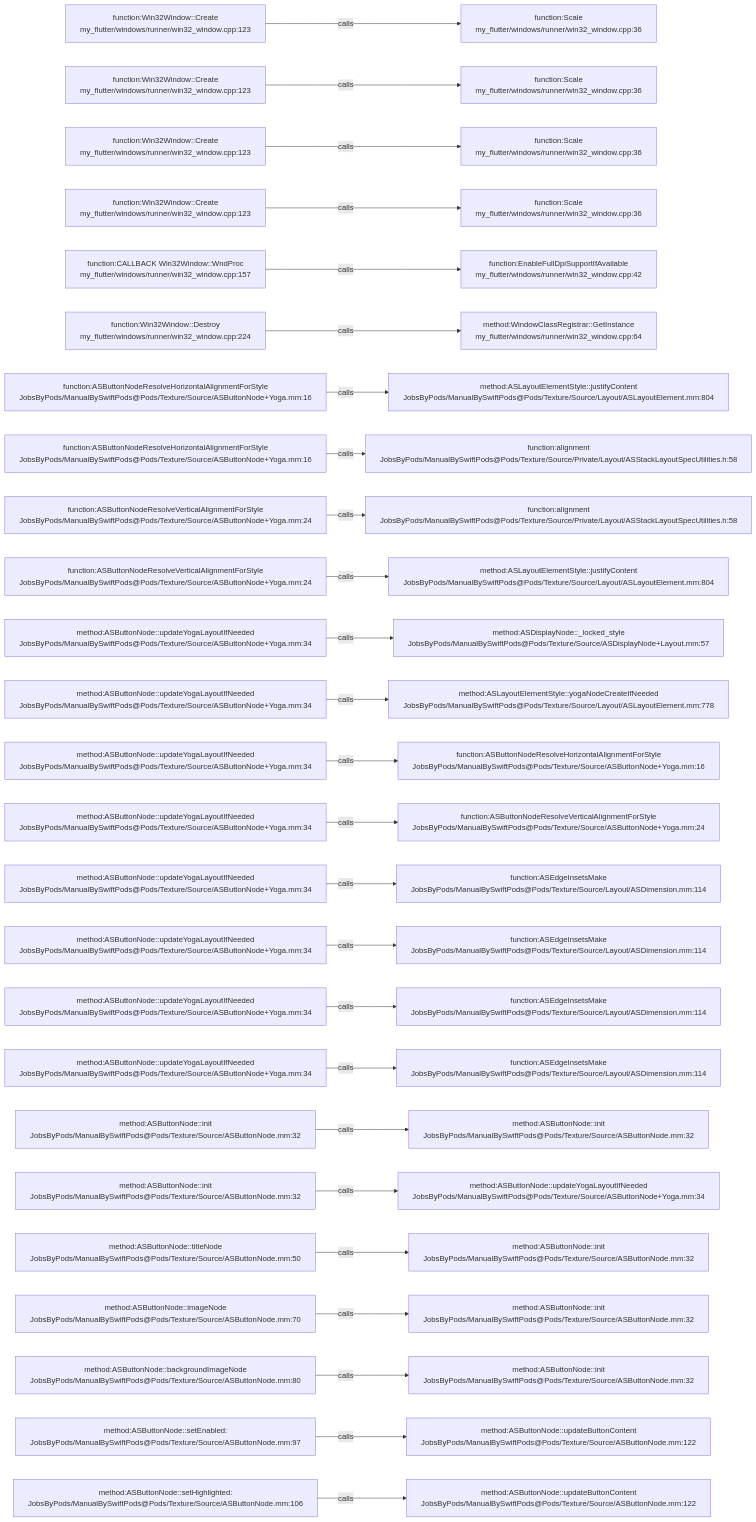
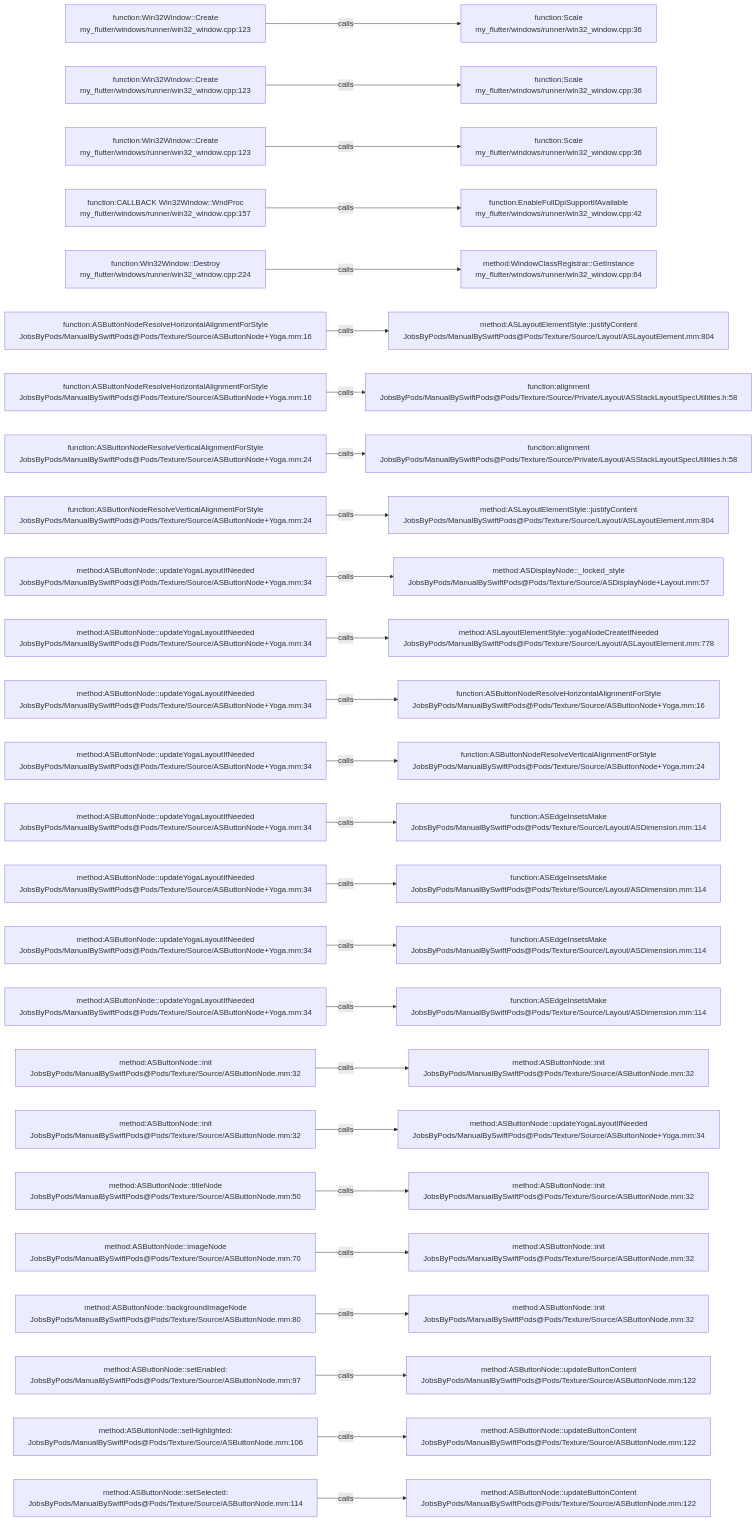
The diagram in .codegraph/codegraph.md/graphs/calls-002.md (JobsKits/JobsSwiftBaseConfigDemo), drawn with Mermaid before and after one commit. The commit also changed 747 other files, not shown here.

````diff
--- a/.codegraph/codegraph.md/graphs/calls-002.md
+++ b/.codegraph/codegraph.md/graphs/calls-002.md
@@ -13,78 +13,78 @@
 ```mermaid
 flowchart LR
   S1["function:Win32Window::Create<br/>my_flutter/windows/runner/win32_window.cpp:123"]
   T1["function:Scale<br/>my_flutter/windows/runner/win32_window.cpp:36"]
   S1 -->|calls| T1
   S2["function:Win32Window::Create<br/>my_flutter/windows/runner/win32_window.cpp:123"]
   T2["function:Scale<br/>my_flutter/windows/runner/win32_window.cpp:36"]
   S2 -->|calls| T2
   S3["function:Win32Window::Create<br/>my_flutter/windows/runner/win32_window.cpp:123"]
   T3["function:Scale<br/>my_flutter/windows/runner/win32_window.cpp:36"]
   S3 -->|calls| T3
-  S4["function:Win32Window::Create<br/>my_flutter/windows/runner/win32_window.cpp:123"]
-  T4["function:Scale<br/>my_flutter/windows/runner/win32_window.cpp:36"]
+  S4["function:CALLBACK Win32Window::WndProc<br/>my_flutter/windows/runner/win32_window.cpp:157"]
+  T4["function:EnableFullDpiSupportIfAvailable<br/>my_flutter/windows/runner/win32_window.cpp:42"]
   S4 -->|calls| T4
-  S5["function:CALLBACK Win32Window::WndProc<br/>my_flutter/windows/runner/win32_window.cpp:157"]
-  T5["function:EnableFullDpiSupportIfAvailable<br/>my_flutter/windows/runner/win32_window.cpp:42"]
+  S5["function:Win32Window::Destroy<br/>my_flutter/windows/runner/win32_window.cpp:224"]
+  T5["method:WindowClassRegistrar::GetInstance<br/>my_flutter/windows/runner/win32_window.cpp:64"]
   S5 -->|calls| T5
-  S6["function:Win32Window::Destroy<br/>my_flutter/windows/runner/win32_window.cpp:224"]
-  T6["method:WindowClassRegistrar::GetInstance<br/>my_flutter/windows/runner/win32_window.cpp:64"]
+  S6["function:ASButtonNodeResolveHorizontalAlignmentForStyle<br/>JobsByPods/ManualBySwiftPods@Pods/Texture/Source/ASButtonNode+Yoga.mm:16"]
+  T6["method:ASLayoutElementStyle::justifyContent<br/>JobsByPods/ManualBySwiftPods@Pods/Texture/Source/Layout/ASLayoutElement.mm:804"]
   S6 -->|calls| T6
   S7["function:ASButtonNodeResolveHorizontalAlignmentForStyle<br/>JobsByPods/ManualBySwiftPods@Pods/Texture/Source/ASButtonNode+Yoga.mm:16"]
-  T7["method:ASLayoutElementStyle::justifyContent<br/>JobsByPods/ManualBySwiftPods@Pods/Texture/Source/Layout/ASLayoutElement.mm:804"]
+  T7["function:alignment<br/>JobsByPods/ManualBySwiftPods@Pods/Texture/Source/Private/Layout/ASStackLayoutSpecUtilities.h:58"]
   S7 -->|calls| T7
-  S8["function:ASButtonNodeResolveHorizontalAlignmentForStyle<br/>JobsByPods/ManualBySwiftPods@Pods/Texture/Source/ASButtonNode+Yoga.mm:16"]
+  S8["function:ASButtonNodeResolveVerticalAlignmentForStyle<br/>JobsByPods/ManualBySwiftPods@Pods/Texture/Source/ASButtonNode+Yoga.mm:24"]
   T8["function:alignment<br/>JobsByPods/ManualBySwiftPods@Pods/Texture/Source/Private/Layout/ASStackLayoutSpecUtilities.h:58"]
   S8 -->|calls| T8
   S9["function:ASButtonNodeResolveVerticalAlignmentForStyle<br/>JobsByPods/ManualBySwiftPods@Pods/Texture/Source/ASButtonNode+Yoga.mm:24"]
-  T9["function:alignment<br/>JobsByPods/ManualBySwiftPods@Pods/Texture/Source/Private/Layout/ASStackLayoutSpecUtilities.h:58"]
+  T9["method:ASLayoutElementStyle::justifyContent<br/>JobsByPods/ManualBySwiftPods@Pods/Texture/Source/Layout/ASLayoutElement.mm:804"]
   S9 -->|calls| T9
-  S10["function:ASButtonNodeResolveVerticalAlignmentForStyle<br/>JobsByPods/ManualBySwiftPods@Pods/Texture/Source/ASButtonNode+Yoga.mm:24"]
-  T10["method:ASLayoutElementStyle::justifyContent<br/>JobsByPods/ManualBySwiftPods@Pods/Texture/Source/Layout/ASLayoutElement.mm:804"]
+  S10["method:ASButtonNode::updateYogaLayoutIfNeeded<br/>JobsByPods/ManualBySwiftPods@Pods/Texture/Source/ASButtonNode+Yoga.mm:34"]
+  T10["method:ASDisplayNode::_locked_style<br/>JobsByPods/ManualBySwiftPods@Pods/Texture/Source/ASDisplayNode+Layout.mm:57"]
   S10 -->|calls| T10
   S11["method:ASButtonNode::updateYogaLayoutIfNeeded<br/>JobsByPods/ManualBySwiftPods@Pods/Texture/Source/ASButtonNode+Yoga.mm:34"]
-  T11["method:ASDisplayNode::_locked_style<br/>JobsByPods/ManualBySwiftPods@Pods/Texture/Source/ASDisplayNode+Layout.mm:57"]
+  T11["method:ASLayoutElementStyle::yogaNodeCreateIfNeeded<br/>JobsByPods/ManualBySwiftPods@Pods/Texture/Source/Layout/ASLayoutElement.mm:778"]
   S11 -->|calls| T11
   S12["method:ASButtonNode::updateYogaLayoutIfNeeded<br/>JobsByPods/ManualBySwiftPods@Pods/Texture/Source/ASButtonNode+Yoga.mm:34"]
-  T12["method:ASLayoutElementStyle::yogaNodeCreateIfNeeded<br/>JobsByPods/ManualBySwiftPods@Pods/Texture/Source/Layout/ASLayoutElement.mm:778"]
+  T12["function:ASButtonNodeResolveHorizontalAlignmentForStyle<br/>JobsByPods/ManualBySwiftPods@Pods/Texture/Source/ASButtonNode+Yoga.mm:16"]
   S12 -->|calls| T12
   S13["method:ASButtonNode::updateYogaLayoutIfNeeded<br/>JobsByPods/ManualBySwiftPods@Pods/Texture/Source/ASButtonNode+Yoga.mm:34"]
-  T13["function:ASButtonNodeResolveHorizontalAlignmentForStyle<br/>JobsByPods/ManualBySwiftPods@Pods/Texture/Source/ASButtonNode+Yoga.mm:16"]
+  T13["function:ASButtonNodeResolveVerticalAlignmentForStyle<br/>JobsByPods/ManualBySwiftPods@Pods/Texture/Source/ASButtonNode+Yoga.mm:24"]
   S13 -->|calls| T13
   S14["method:ASButtonNode::updateYogaLayoutIfNeeded<br/>JobsByPods/ManualBySwiftPods@Pods/Texture/Source/ASButtonNode+Yoga.mm:34"]
-  T14["function:ASButtonNodeResolveVerticalAlignmentForStyle<br/>JobsByPods/ManualBySwiftPods@Pods/Texture/Source/ASButtonNode+Yoga.mm:24"]
+  T14["function:ASEdgeInsetsMake<br/>JobsByPods/ManualBySwiftPods@Pods/Texture/Source/Layout/ASDimension.mm:114"]
   S14 -->|calls| T14
   S15["method:ASButtonNode::updateYogaLayoutIfNeeded<br/>JobsByPods/ManualBySwiftPods@Pods/Texture/Source/ASButtonNode+Yoga.mm:34"]
   T15["function:ASEdgeInsetsMake<br/>JobsByPods/ManualBySwiftPods@Pods/Texture/Source/Layout/ASDimension.mm:114"]
   S15 -->|calls| T15
   S16["method:ASButtonNode::updateYogaLayoutIfNeeded<br/>JobsByPods/ManualBySwiftPods@Pods/Texture/Source/ASButtonNode+Yoga.mm:34"]
   T16["function:ASEdgeInsetsMake<br/>JobsByPods/ManualBySwiftPods@Pods/Texture/Source/Layout/ASDimension.mm:114"]
   S16 -->|calls| T16
   S17["method:ASButtonNode::updateYogaLayoutIfNeeded<br/>JobsByPods/ManualBySwiftPods@Pods/Texture/Source/ASButtonNode+Yoga.mm:34"]
   T17["function:ASEdgeInsetsMake<br/>JobsByPods/ManualBySwiftPods@Pods/Texture/Source/Layout/ASDimension.mm:114"]
   S17 -->|calls| T17
-  S18["method:ASButtonNode::updateYogaLayoutIfNeeded<br/>JobsByPods/ManualBySwiftPods@Pods/Texture/Source/ASButtonNode+Yoga.mm:34"]
-  T18["function:ASEdgeInsetsMake<br/>JobsByPods/ManualBySwiftPods@Pods/Texture/Source/Layout/ASDimension.mm:114"]
+  S18["method:ASButtonNode::init<br/>JobsByPods/ManualBySwiftPods@Pods/Texture/Source/ASButtonNode.mm:32"]
+  T18["method:ASButtonNode::init<br/>JobsByPods/ManualBySwiftPods@Pods/Texture/Source/ASButtonNode.mm:32"]
   S18 -->|calls| T18
   S19["method:ASButtonNode::init<br/>JobsByPods/ManualBySwiftPods@Pods/Texture/Source/ASButtonNode.mm:32"]
-  T19["method:ASButtonNode::init<br/>JobsByPods/ManualBySwiftPods@Pods/Texture/Source/ASButtonNode.mm:32"]
+  T19["method:ASButtonNode::updateYogaLayoutIfNeeded<br/>JobsByPods/ManualBySwiftPods@Pods/Texture/Source/ASButtonNode+Yoga.mm:34"]
   S19 -->|calls| T19
-  S20["method:ASButtonNode::init<br/>JobsByPods/ManualBySwiftPods@Pods/Texture/Source/ASButtonNode.mm:32"]
-  T20["method:ASButtonNode::updateYogaLayoutIfNeeded<br/>JobsByPods/ManualBySwiftPods@Pods/Texture/Source/ASButtonNode+Yoga.mm:34"]
+  S20["method:ASButtonNode::titleNode<br/>JobsByPods/ManualBySwiftPods@Pods/Texture/Source/ASButtonNode.mm:50"]
+  T20["method:ASButtonNode::init<br/>JobsByPods/ManualBySwiftPods@Pods/Texture/Source/ASButtonNode.mm:32"]
   S20 -->|calls| T20
-  S21["method:ASButtonNode::titleNode<br/>JobsByPods/ManualBySwiftPods@Pods/Texture/Source/ASButtonNode.mm:50"]
+  S21["method:ASButtonNode::imageNode<br/>JobsByPods/ManualBySwiftPods@Pods/Texture/Source/ASButtonNode.mm:70"]
   T21["method:ASButtonNode::init<br/>JobsByPods/ManualBySwiftPods@Pods/Texture/Source/ASButtonNode.mm:32"]
   S21 -->|calls| T21
-  S22["method:ASButtonNode::imageNode<br/>JobsByPods/ManualBySwiftPods@Pods/Texture/Source/ASButtonNode.mm:70"]
+  S22["method:ASButtonNode::backgroundImageNode<br/>JobsByPods/ManualBySwiftPods@Pods/Texture/Source/ASButtonNode.mm:80"]
   T22["method:ASButtonNode::init<br/>JobsByPods/ManualBySwiftPods@Pods/Texture/Source/ASButtonNode.mm:32"]
   S22 -->|calls| T22
-  S23["method:ASButtonNode::backgroundImageNode<br/>JobsByPods/ManualBySwiftPods@Pods/Texture/Source/ASButtonNode.mm:80"]
-  T23["method:ASButtonNode::init<br/>JobsByPods/ManualBySwiftPods@Pods/Texture/Source/ASButtonNode.mm:32"]
+  S23["method:ASButtonNode::setEnabled:<br/>JobsByPods/ManualBySwiftPods@Pods/Texture/Source/ASButtonNode.mm:97"]
+  T23["method:ASButtonNode::updateButtonContent<br/>JobsByPods/ManualBySwiftPods@Pods/Texture/Source/ASButtonNode.mm:122"]
   S23 -->|calls| T23
-  S24["method:ASButtonNode::setEnabled:<br/>JobsByPods/ManualBySwiftPods@Pods/Texture/Source/ASButtonNode.mm:97"]
+  S24["method:ASButtonNode::setHighlighted:<br/>JobsByPods/ManualBySwiftPods@Pods/Texture/Source/ASButtonNode.mm:106"]
   T24["method:ASButtonNode::updateButtonContent<br/>JobsByPods/ManualBySwiftPods@Pods/Texture/Source/ASButtonNode.mm:122"]
   S24 -->|calls| T24
-  S25["method:ASButtonNode::setHighlighted:<br/>JobsByPods/ManualBySwiftPods@Pods/Texture/Source/ASButtonNode.mm:106"]
+  S25["method:ASButtonNode::setSelected:<br/>JobsByPods/ManualBySwiftPods@Pods/Texture/Source/ASButtonNode.mm:114"]
   T25["method:ASButtonNode::updateButtonContent<br/>JobsByPods/ManualBySwiftPods@Pods/Texture/Source/ASButtonNode.mm:122"]
   S25 -->|calls| T25
 ```
````
